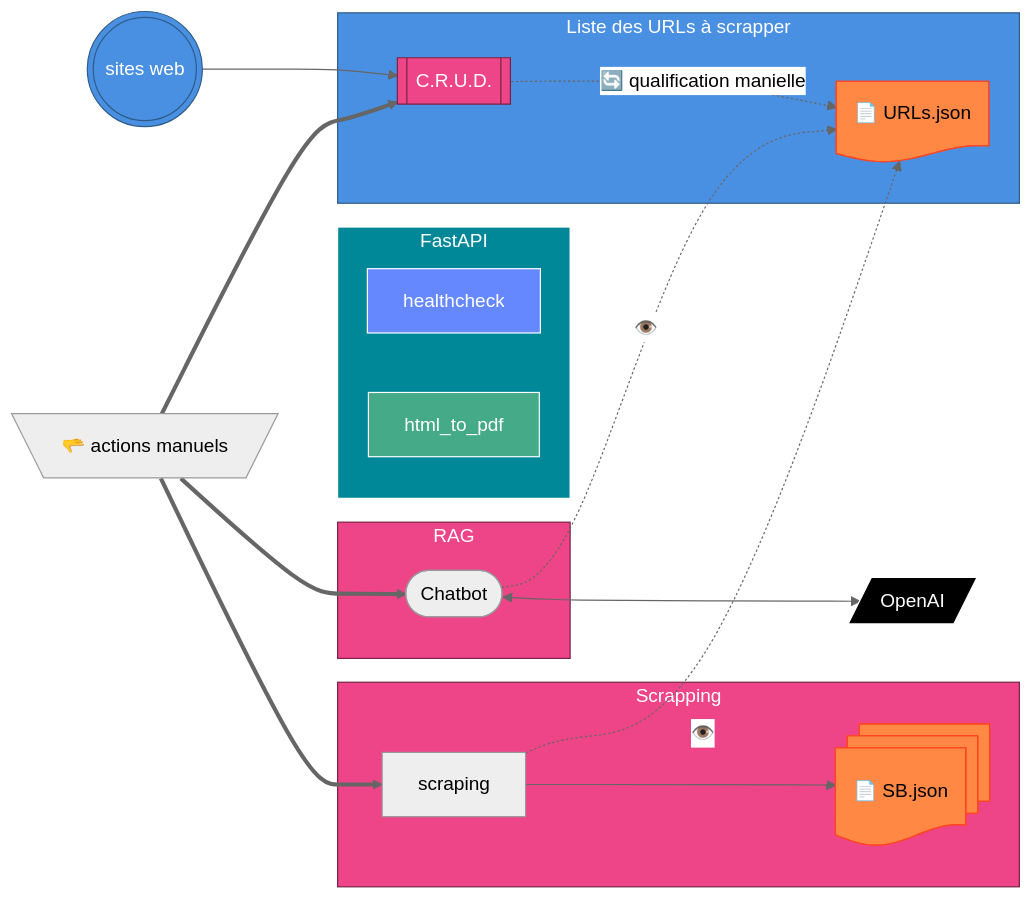
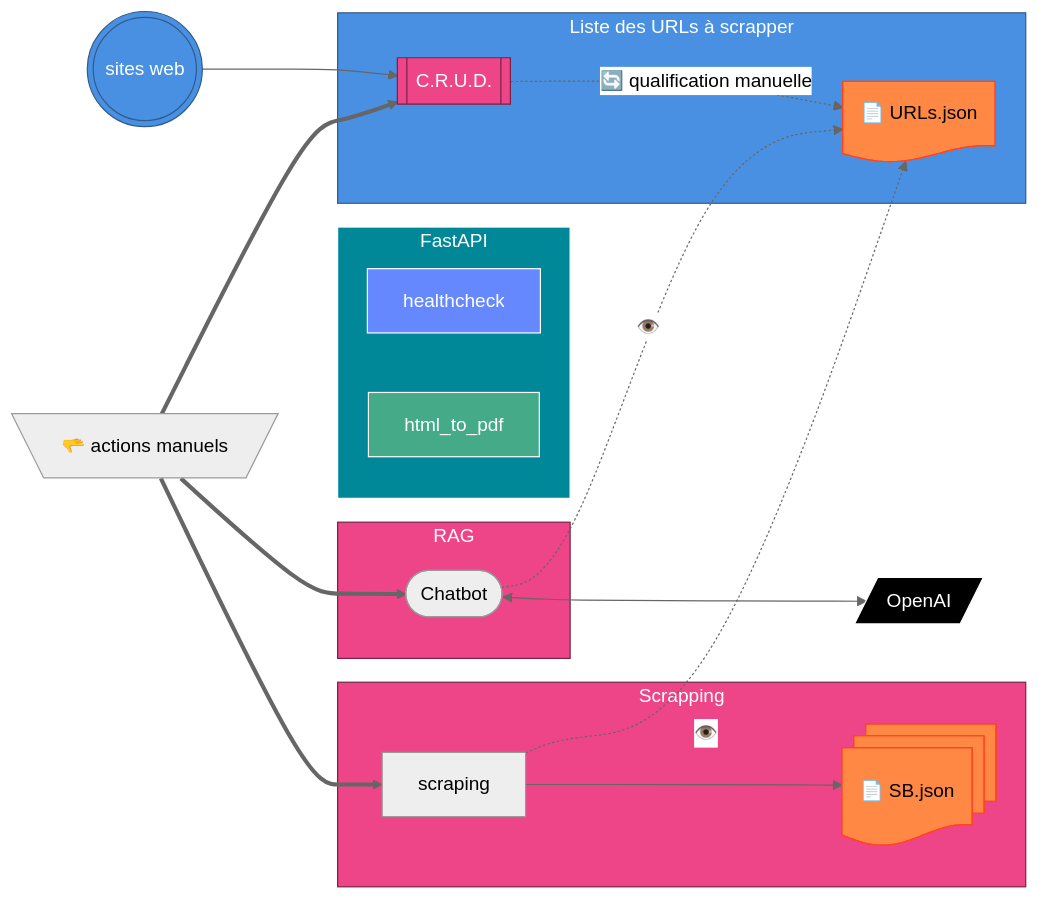
One commit to ChristianPRO1982/sof-n8n-pocs changed the second of 2 diagrams in INSTALL_N8N_AWS.md. Above: the diagram before and after it, drawn with Mermaid (neutral theme).

Commit message:
MAJ PoC 2

````diff
--- a/INSTALL_N8N_AWS.md
+++ b/INSTALL_N8N_AWS.md
@@ -71,56 +71,56 @@
 ```mermaid
 graph LR
   subgraph api [FastAPI]
     style api fill:#089, stroke:#fff, color:#fff
 
     healthcheck:::get
     html_to_pdf:::post
   end
 
   subgraph scrapping [Scrapping]
     style scrapping fill:#e48, stroke:#724, color:#FFF
 
     scraping
     sb_json:::json
     sb_json@{ shape: docs, label: "📄 SB.json" }
   end
 
   subgraph RAG [RAG]
     style RAG fill:#e48, stroke:#724, color:#FFF
 
     chat([Chatbot])
   end
 
   subgraph sgURLs [Liste des URLs à scrapper]
     style sgURLs fill:#4A90E2, stroke:#2E5C8A, color:#FFF
 
     crud[[C.R.U.D.]]:::n8n
     URLs_json:::json
     URLs_json@{ shape: doc, label: "📄 URLs.json" }
   end
 
   sw(((sites web))):::website
   am[\ 🫳 actions manuels /]
   llm[/OpenAI/]:::openai
 
   sw --> crud
-  crud -.->|🔄 qualification manielle| URLs_json
+  crud -.->|🔄 qualification manuelle| URLs_json
   am ==> crud
 
   am ==> scraping
   scraping -.->|👁️| URLs_json
   scraping --> sb_json
 
   am ==> chat
   chat <--> llm
   chat -.->|👁️| URLs_json
 
   am ~~~ healthcheck
 
   classDef website fill:#4A90E2, stroke:#2E5C8A, color:#FFF;
   classDef n8n fill:#e48, stroke:#724, color:#FFF;
   classDef json fill:#f84, stroke:#f42, color:#000;
   classDef openai fill:#000, stroke:#fff, color:#fff;
   classDef get fill:#68f, stroke:#fff, color:#fff;
   classDef post fill:#4a8, stroke:#fff, color:#fff;
 ```
````
